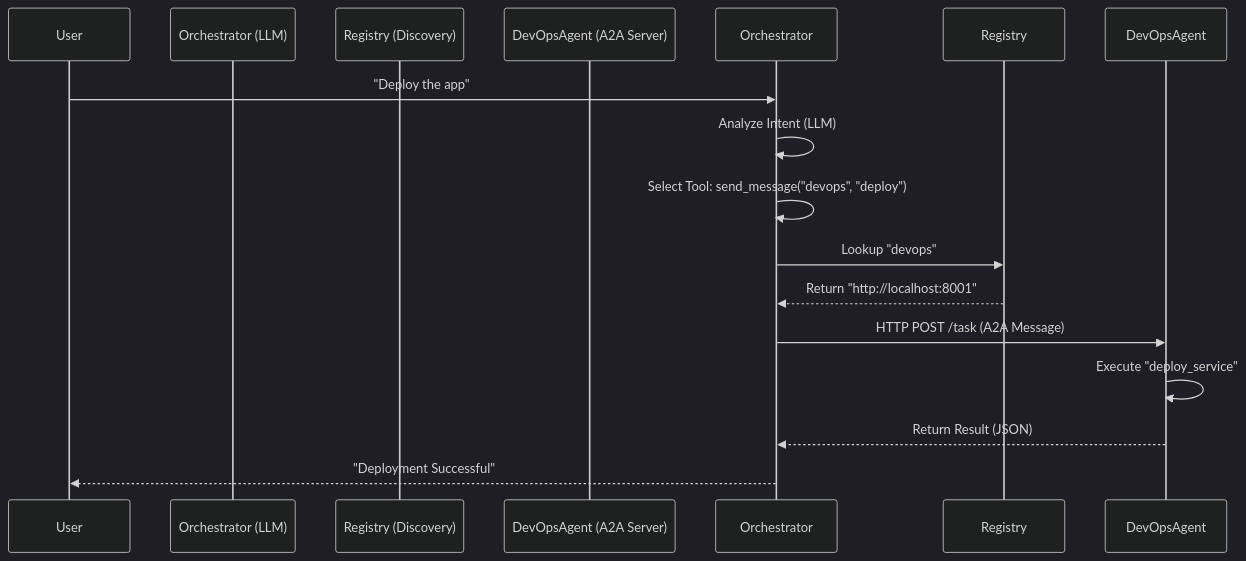
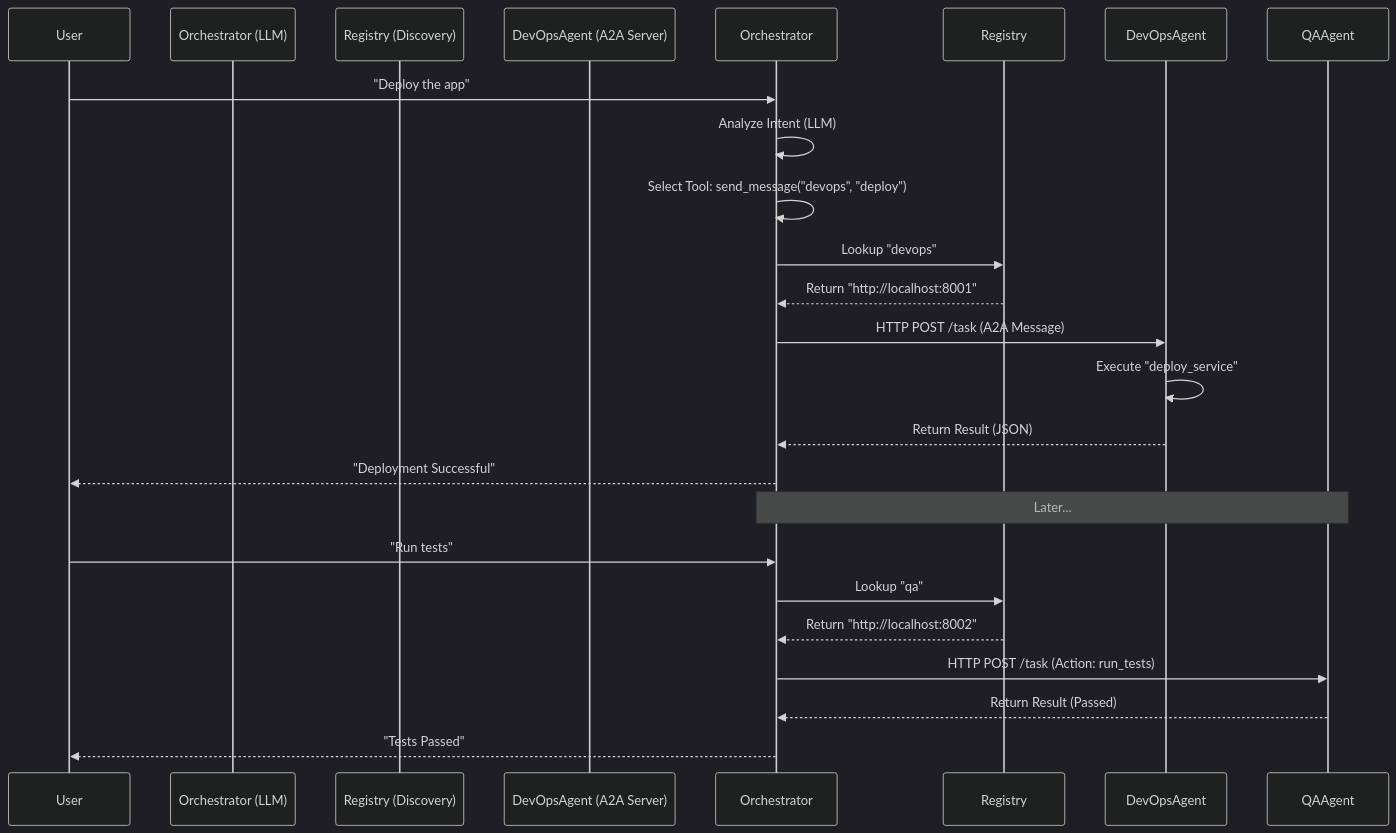
One commit to azimshaik/multiagent changed the diagram in README.md. Above: the diagram before and after it, drawn with Mermaid (dark theme).

Commit message:
Docs: Add QA Agent to sequence diagram

````diff
--- a/README.md
+++ b/README.md
@@ -50,17 +50,26 @@
 ```mermaid
 sequenceDiagram
     participant User
     participant Orchestrator (LLM)
     participant Registry (Discovery)
     participant DevOpsAgent (A2A Server)
 
     User->>Orchestrator: "Deploy the app"
     Orchestrator->>Orchestrator: Analyze Intent (LLM)
     Orchestrator->>Orchestrator: Select Tool: send_message("devops", "deploy")
     Orchestrator->>Registry: Lookup "devops"
     Registry-->>Orchestrator: Return "http://localhost:8001"
     Orchestrator->>DevOpsAgent: HTTP POST /task (A2A Message)
     DevOpsAgent->>DevOpsAgent: Execute "deploy_service"
     DevOpsAgent-->>Orchestrator: Return Result (JSON)
     Orchestrator-->>User: "Deployment Successful"
+
+    note over Orchestrator, QAAgent: Later...
+
+    User->>Orchestrator: "Run tests"
+    Orchestrator->>Registry: Lookup "qa"
+    Registry-->>Orchestrator: Return "http://localhost:8002"
+    Orchestrator->>QAAgent: HTTP POST /task (Action: run_tests)
+    QAAgent-->>Orchestrator: Return Result (Passed)
+    Orchestrator-->>User: "Tests Passed"
 ```
````
